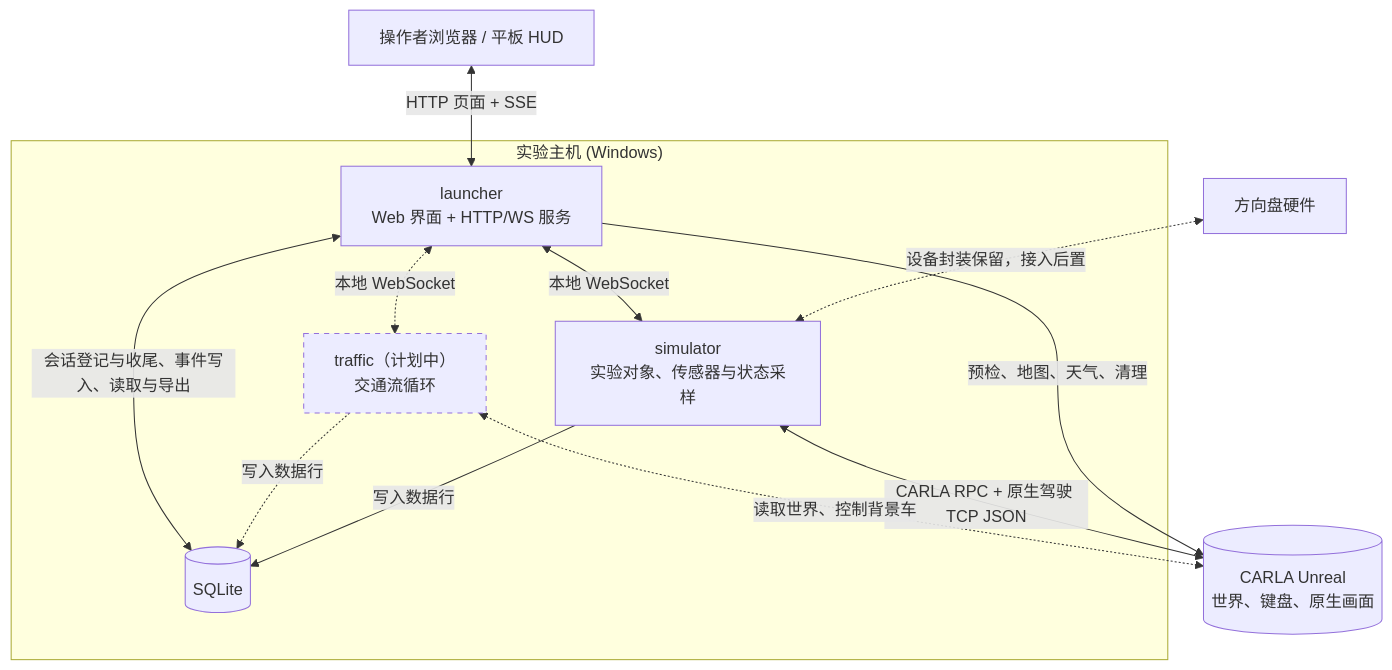
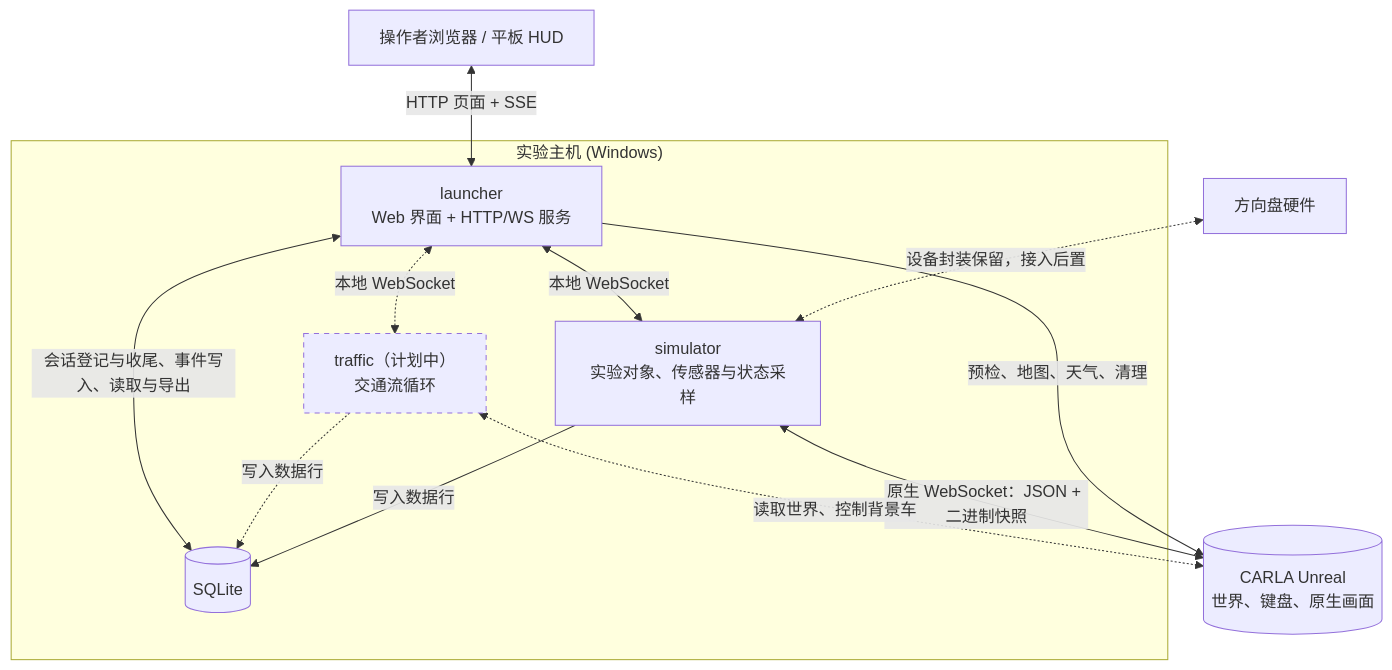
The first of 5 diagrams in docs/design/01-Architecture.md (ZiyuZ/DRISCA), drawn with Mermaid before and after one commit. The commit also changed other lines of this file and 49 other files, not shown here.

Commit message:
feat: 接入原生 WebSocket 实验接口并完善管理界面

````diff
--- a/docs/design/01-Architecture.md
+++ b/docs/design/01-Architecture.md
@@ -30,29 +32,29 @@
 ```mermaid
 flowchart TD
     tablet["操作者浏览器 / 平板 HUD"]
     wheel["方向盘硬件"]
 
     subgraph host["实验主机 (Windows)"]
         launcher["launcher<br/>Web 界面 + HTTP/WS 服务"]
         simulator["simulator<br/>实验对象、传感器与状态采样"]
         traffic["traffic（计划中）<br/>交通流循环"]
         db[("SQLite")]
     end
 
     carla[("CARLA Unreal<br/>世界、键盘、原生画面")]
 
     tablet <-->|"HTTP 页面 + SSE"| launcher
     wheel <-.->|"设备封装保留，接入后置"| simulator
     launcher <-->|"本地 WebSocket"| simulator
     launcher <-.->|"本地 WebSocket"| traffic
 
     launcher -->|"预检、地图、天气、清理"| carla
-    simulator <-->|"CARLA RPC + 原生驾驶 TCP JSON"| carla
+    simulator <-->|"原生 WebSocket：JSON + 二进制快照"| carla
     traffic <-.->|"读取世界、控制背景车"| carla
 
     simulator -->|"写入数据行"| db
     traffic -.->|"写入数据行"| db
     launcher <-->|"会话登记与收尾、事件写入、读取与导出"| db
 
     style traffic stroke-dasharray: 5 5
 ```
````
